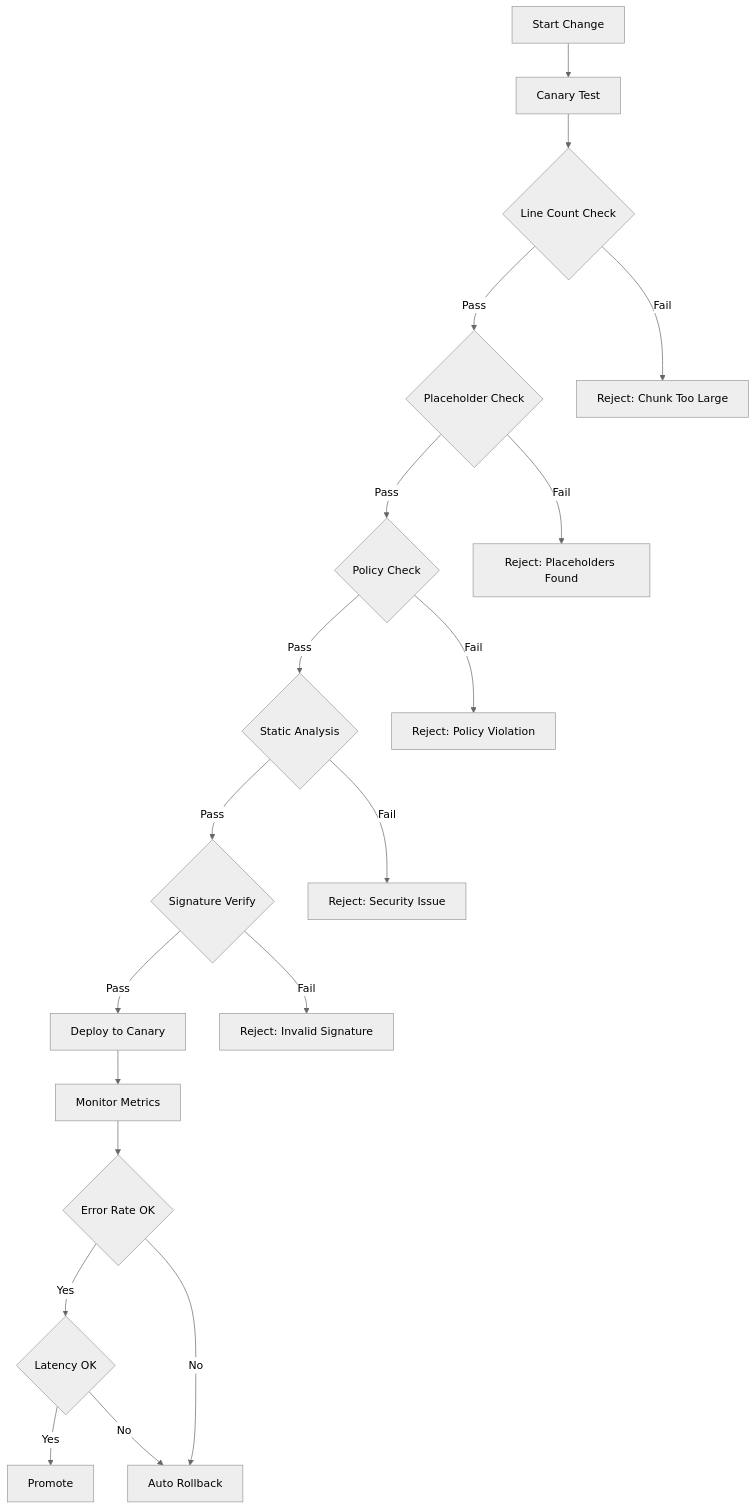
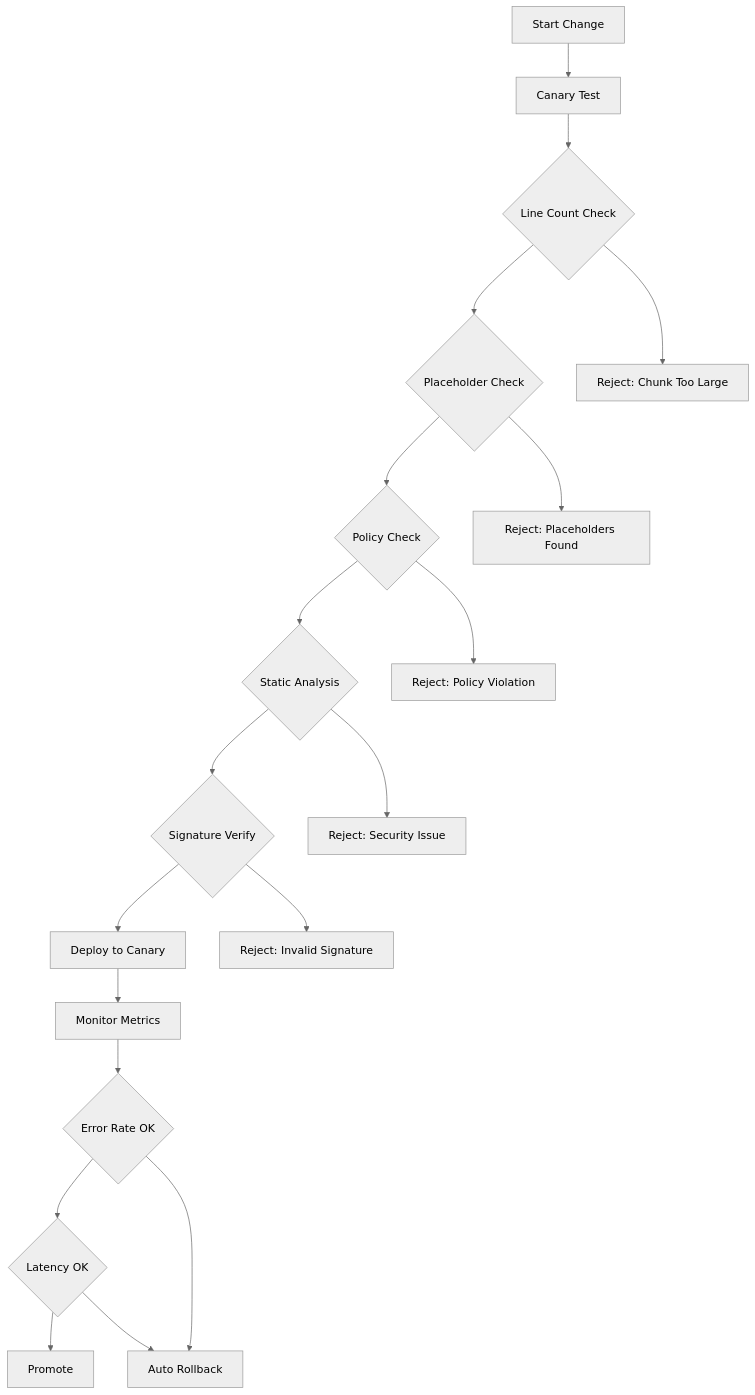
The fourth of 4 diagrams in hfo_research_doc/ai-safety-hallucination-mitigation-platform-patterns.md (TTaoGaming/Hive-Fleet-Obsidian-2025), drawn with Mermaid (neutral theme) before and after one commit. The commit also changed other lines of this file and 1 other file, not shown here.

Commit message:
Fix Mermaid diagrams to follow AGENTS.md parser-safe conventions

````diff
--- a/hfo_research_doc/ai-safety-hallucination-mitigation-platform-patterns.md
+++ b/hfo_research_doc/ai-safety-hallucination-mitigation-platform-patterns.md
@@ -847,21 +847,21 @@
 ```mermaid
 graph TB
   START[Start Change] --> CANARY[Canary Test]
   CANARY --> T1{Line Count Check}
-  T1 -->|Pass| T2{Placeholder Check}
-  T1 -->|Fail| REJECT[Reject: Chunk Too Large]
-  T2 -->|Pass| T3{Policy Check}
-  T2 -->|Fail| REJECT2[Reject: Placeholders Found]
-  T3 -->|Pass| T4{Static Analysis}
-  T3 -->|Fail| REJECT3[Reject: Policy Violation]
-  T4 -->|Pass| T5{Signature Verify}
-  T4 -->|Fail| REJECT4[Reject: Security Issue]
-  T5 -->|Pass| DEPLOY[Deploy to Canary]
-  T5 -->|Fail| REJECT5[Reject: Invalid Signature]
+  T1 --> T2{Placeholder Check}
+  T1 --> REJECT[Reject: Chunk Too Large]
+  T2 --> T3{Policy Check}
+  T2 --> REJECT2[Reject: Placeholders Found]
+  T3 --> T4{Static Analysis}
+  T3 --> REJECT3[Reject: Policy Violation]
+  T4 --> T5{Signature Verify}
+  T4 --> REJECT4[Reject: Security Issue]
+  T5 --> DEPLOY[Deploy to Canary]
+  T5 --> REJECT5[Reject: Invalid Signature]
   DEPLOY --> MONITOR[Monitor Metrics]
   MONITOR --> M1{Error Rate OK}
-  M1 -->|Yes| M2{Latency OK}
-  M1 -->|No| ROLLBACK[Auto Rollback]
-  M2 -->|Yes| PROMOTE[Promote]
-  M2 -->|No| ROLLBACK
+  M1 --> M2{Latency OK}
+  M1 --> ROLLBACK[Auto Rollback]
+  M2 --> PROMOTE[Promote]
+  M2 --> ROLLBACK
 ```
````
